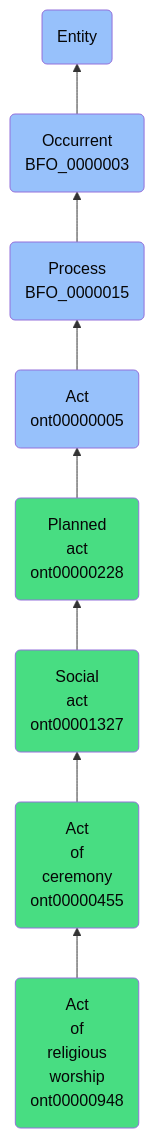
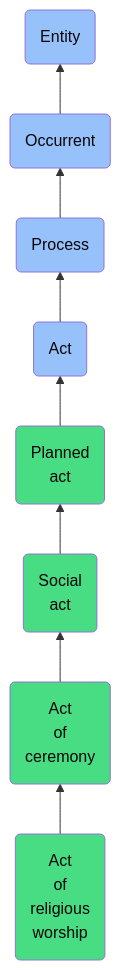
Before and after one commit to jupyter-naas/abi: the diagram in docs/ontology/reference/model/Entity/Occurrent/Process/Act/Planned act/Social act/Act of ceremony/Act of religious worship/Act of religious worship.md, drawn with Mermaid. The commit also changed other lines of this file and 1430 other files, not shown here.

````diff
--- a/docs/ontology/reference/model/Entity/Occurrent/Process/Act/Planned act/Social act/Act of ceremony/Act of religious worship/Act of religious worship.md
+++ b/docs/ontology/reference/model/Entity/Occurrent/Process/Act/Planned act/Social act/Act of ceremony/Act of religious worship/Act of religious worship.md
@@ -24,15 +24,15 @@
 ```mermaid
 graph BT
-    ont00000948(Act<br>of<br>religious<br>worship<br>ont00000948):::ABI-->ont00000455
-    ont00000455(Act<br>of<br>ceremony<br>ont00000455):::ABI-->ont00001327
-    ont00001327(Social<br>act<br>ont00001327):::ABI-->ont00000228
-    ont00000228(Planned<br>act<br>ont00000228):::ABI-->ont00000005
-    ont00000005(Act<br>ont00000005):::BFO-->BFO_0000015
-    BFO_0000015(Process<br>BFO_0000015):::BFO-->BFO_0000003
-    BFO_0000003(Occurrent<br>BFO_0000003):::BFO-->BFO_0000001
+    ont00000948(Act<br>of<br>religious<br>worship):::ABI-->ont00000455
+    ont00000455(Act<br>of<br>ceremony):::ABI-->ont00001327
+    ont00001327(Social<br>act):::ABI-->ont00000228
+    ont00000228(Planned<br>act):::ABI-->ont00000005
+    ont00000005(Act):::BFO-->BFO_0000015
+    BFO_0000015(Process):::BFO-->BFO_0000003
+    BFO_0000003(Occurrent):::BFO-->BFO_0000001
     BFO_0000001(Entity):::BFO
     
     classDef BFO fill:#97c1fb,color:#060606
     classDef CCO fill:#e4c51e,color:#060606
     classDef ABI fill:#48DD82,color:#060606
 ```
````
